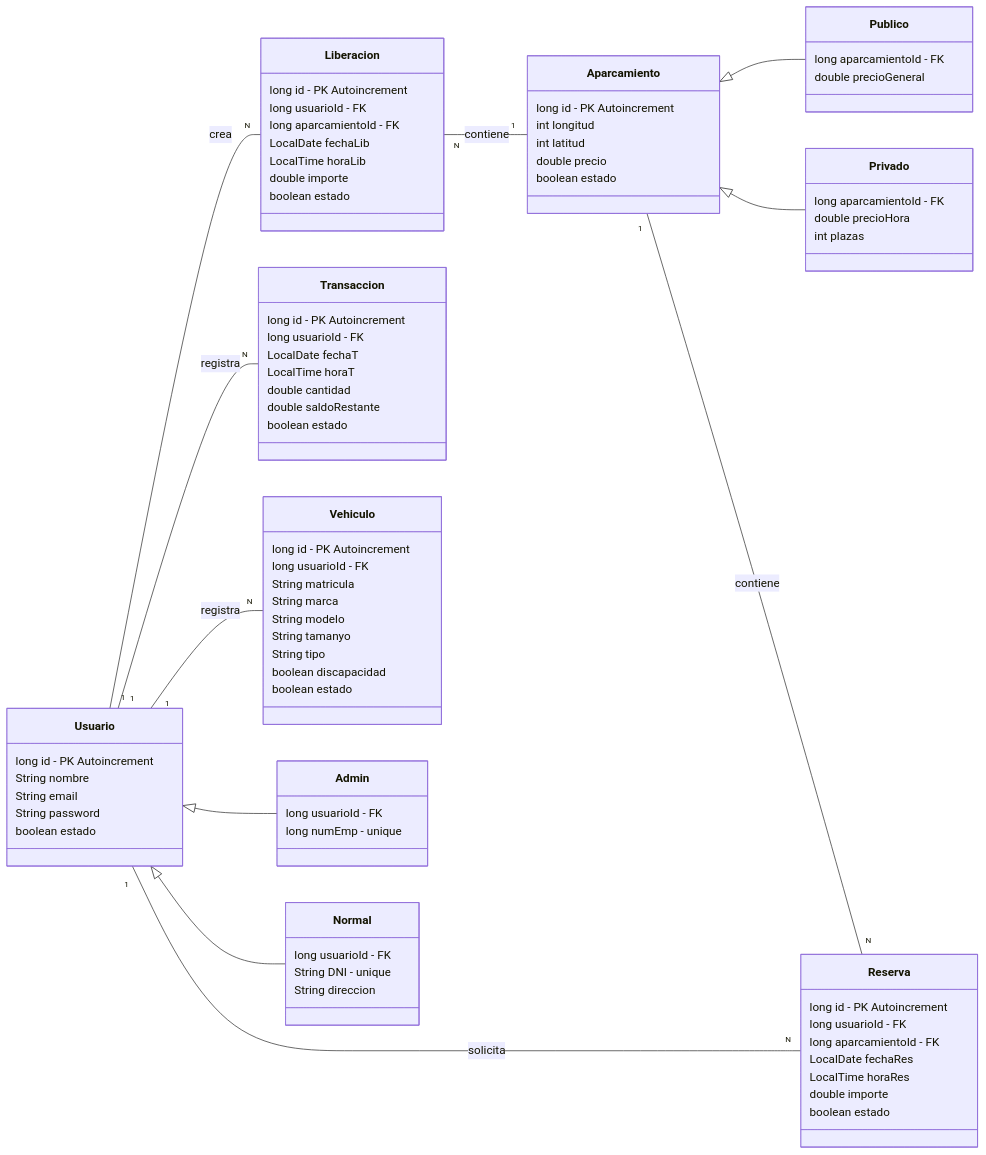
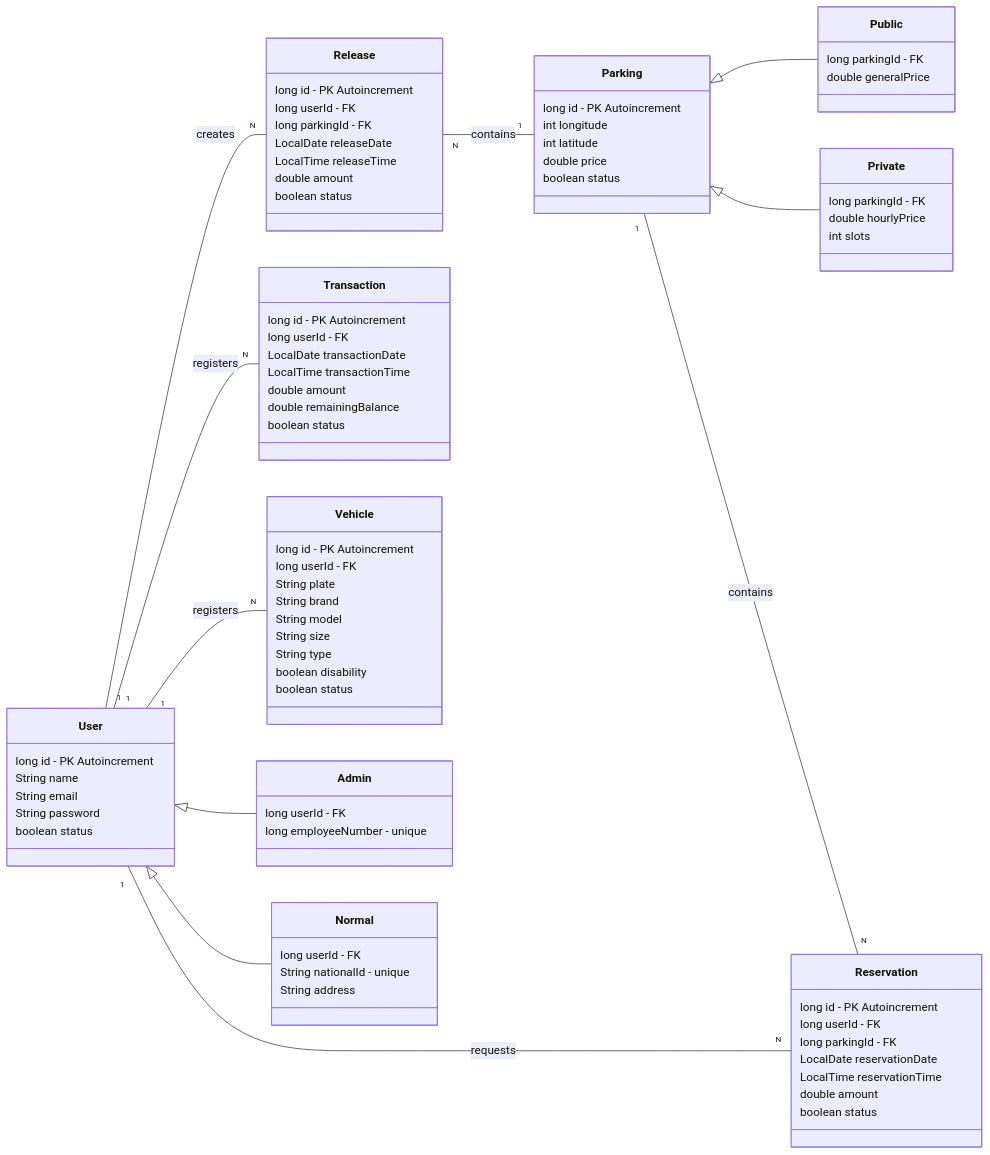
Before and after one commit to alex-boni/QuickStop: the diagram in docs/modelo-dominio-Completo-clases.md, drawn with Mermaid.

Commit message:
Refactor class names and attributes in domain model

````diff
--- a/docs/modelo-dominio-Completo-clases.md
+++ b/docs/modelo-dominio-Completo-clases.md
@@ -4,99 +4,97 @@
 classDiagram
   direction LR
 
-  class Usuario {
+  class User {
     long id - PK Autoincrement
-    String nombre
+    String name
     String email
     String password
-    boolean estado
+    boolean status
   }
 
-  class Aparcamiento {
+  class Parking {
     long id - PK Autoincrement
-    int longitud
-    int latitud
-    double precio
-    boolean estado
+    int longitude
+    int latitude
+    double price
+    boolean status
   }
 
-
-  class Reserva {
+  class Reservation {
     long id - PK Autoincrement
-    long usuarioId - FK
-    long aparcamientoId - FK
-    LocalDate fechaRes
-    LocalTime horaRes
-    double importe
-    boolean estado
+    long userId - FK
+    long parkingId - FK
+    LocalDate reservationDate
+    LocalTime reservationTime
+    double amount
+    boolean status
   }
 
-
-  class Liberacion {
+  class Release {
     long id - PK Autoincrement
-    long usuarioId - FK
-    long aparcamientoId - FK
-    LocalDate fechaLib
-    LocalTime horaLib
-    double importe
-    boolean estado
+    long userId - FK
+    long parkingId - FK
+    LocalDate releaseDate
+    LocalTime releaseTime
+    double amount
+    boolean status
   }
 
-  class Transaccion{
+  class Transaction {
     long id - PK Autoincrement
-    long usuarioId - FK
-    LocalDate fechaT
-    LocalTime horaT
-    double cantidad
-    double saldoRestante
-    boolean estado
+    long userId - FK
+    LocalDate transactionDate
+    LocalTime transactionTime
+    double amount
+    double remainingBalance
+    boolean status
   }
 
-  class Vehiculo{
+  class Vehicle {
     long id - PK Autoincrement
-    long usuarioId - FK
-    String matricula
-    String marca
-    String modelo
-    String tamanyo
-    String tipo
-    boolean discapacidad
-    boolean estado
+    long userId - FK
+    String plate
+    String brand
+    String model
+    String size
+    String type
+    boolean disability
+    boolean status
   }
 
-  class Admin{
-    long usuarioId - FK
-    long numEmp - unique
+  class Admin {
+    long userId - FK
+    long employeeNumber - unique
   }
 
-  class Normal{
-    long usuarioId - FK
-    String DNI - unique
-    String direccion
+  class Normal {
+    long userId - FK
+    String nationalId - unique
+    String address
   }
 
-  class Publico{
-    long aparcamientoId - FK 
-    double precioGeneral
+  class Public {
+    long parkingId - FK 
+    double generalPrice
   }
 
-  class Privado{
-    long aparcamientoId - FK 
-    double precioHora
-    int plazas
+  class Private {
+    long parkingId - FK 
+    double hourlyPrice
+    int slots
   }
 
+%% Relationships
+  User <|-- Admin
+  User <|-- Normal
+  Parking <|-- Public
+  Parking <|-- Private
 
-%%Relaciones
-  Usuario <|-- Admin
-  Usuario <|-- Normal
-  Aparcamiento <|-- Publico
-  Aparcamiento <|-- Privado
+  User "1" -- "N" Release : creates
+  Reservation "N" -- "1" User : requests
+  Parking "1" -- "N" Reservation : contains
+  Release "N" -- "1" Parking : contains
+  User "1" -- "N" Vehicle : registers
+  User "1" -- "N" Transaction : registers
 
-  Usuario "1" -- "N" Liberacion : crea
-  Reserva "N" -- "1" Usuario : solicita
-  Aparcamiento "1" -- "N" Reserva : contiene
-  Liberacion "N" -- "1" Aparcamiento : contiene
-  Usuario "1" -- "N" Vehiculo : registra
-  Usuario "1" -- "N" Transaccion : registra
 ```
````
